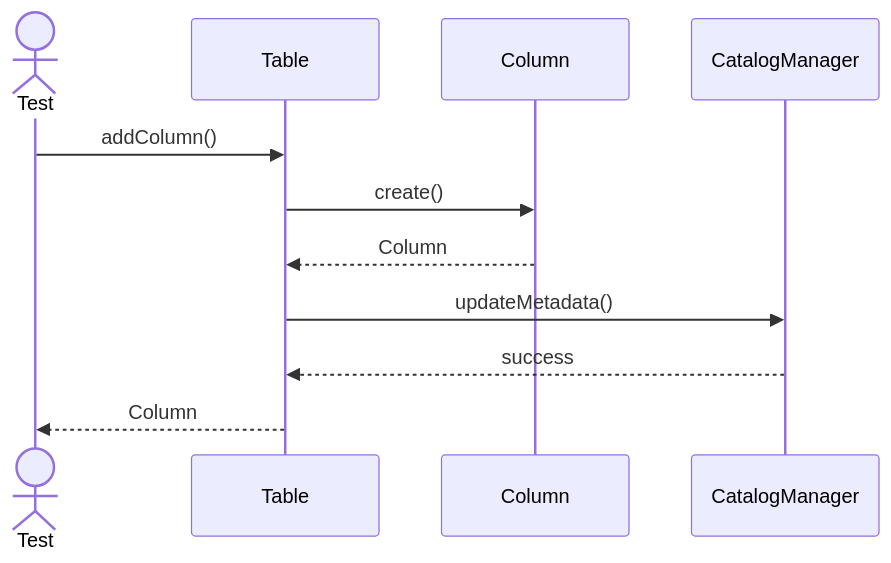
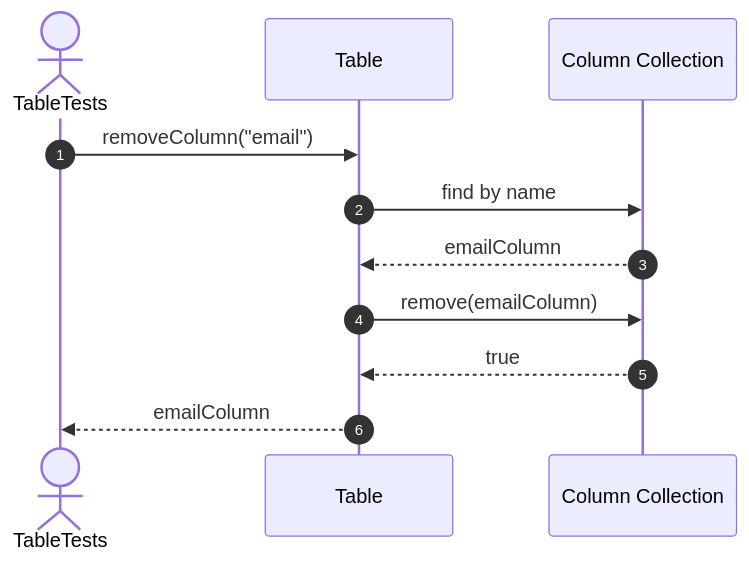
The sixth of 20 diagrams in src/tests/unit/metadata/sequences/tables-testing.se.md (FhuAnn/-bbv-AN-s-DBMS), drawn with Mermaid before and after one commit. The commit also changed other lines of this file and 60 other files, not shown here.

Commit message:
refactor data table, row, column, constraint, index test file

````diff
--- a/src/tests/unit/metadata/sequences/tables-testing.se.md
+++ b/src/tests/unit/metadata/sequences/tables-testing.se.md
@@ -111,19 +103,14 @@
 ```mermaid
 sequenceDiagram
-actor Test
-participant Table
-participant Column
-participant CatalogManager
+    autonumber
+    actor Test as TableTests
+    participant Table as Table
+    participant Columns as Column Collection
 
-Test->>Table: addColumn()
-
-Table->>Column: create()
-
-Column-->>Table: Column
-
-Table->>CatalogManager: updateMetadata()
-
-CatalogManager-->>Table: success
-
-Table-->>Test: Column
+    Test->>Table: removeColumn("email")
+    Table->>Columns: find by name
+    Columns-->>Table: emailColumn
+    Table->>Columns: remove(emailColumn)
+    Columns-->>Table: true
+    Table-->>Test: emailColumn
 ```
````
